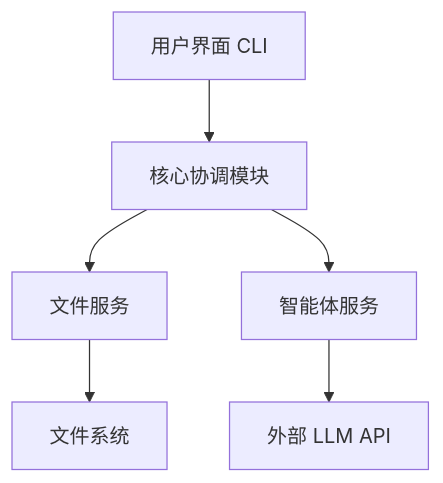
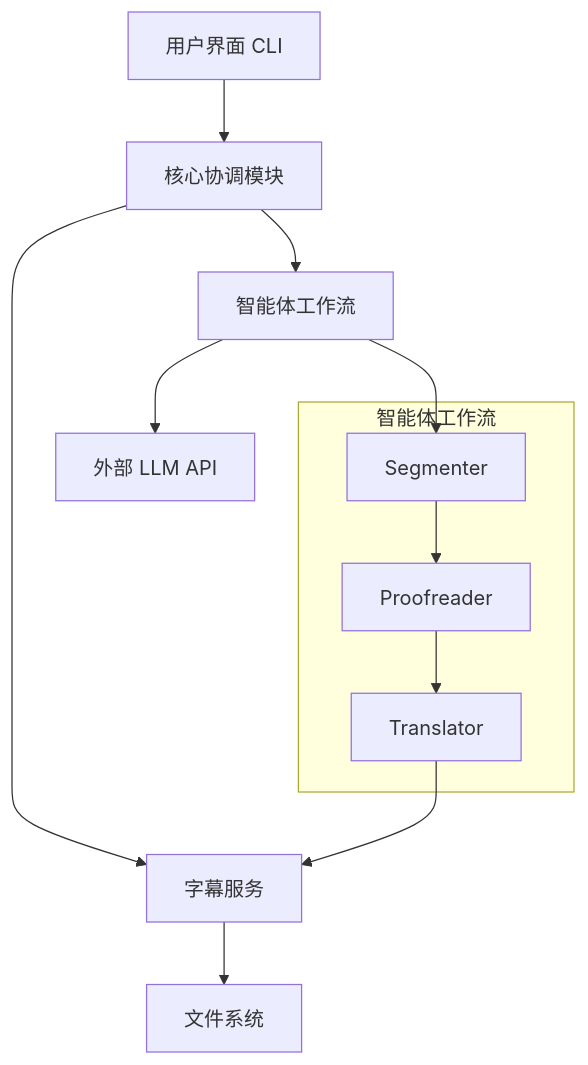
The first of 2 diagrams in docs/架构设计.md (amaozhao/Gnosis), drawn with Mermaid before and after one commit. The commit also changed other lines of this file and 37 other files, not shown here.

````diff
--- a/docs/架构设计.md
+++ b/docs/架构设计.md
@@ -11,8 +7,15 @@
 ```mermaid
 graph TD
     A[用户界面 CLI] --> B[核心协调模块]
-    B --> C[文件服务]
-    B --> D[智能体服务]
-    D --> E[外部 LLM API]
-    C --> F[文件系统]
+    B --> C[字幕服务]
+    B --> D[智能体工作流]
+    C --> E[文件系统]
+    D --> F[外部 LLM API]
+    
+    subgraph 智能体工作流
+    G[Segmenter] --> H[Proofreader] --> I[Translator]
+    end
+    
+    D --> G
+    I --> C
 ```
````
